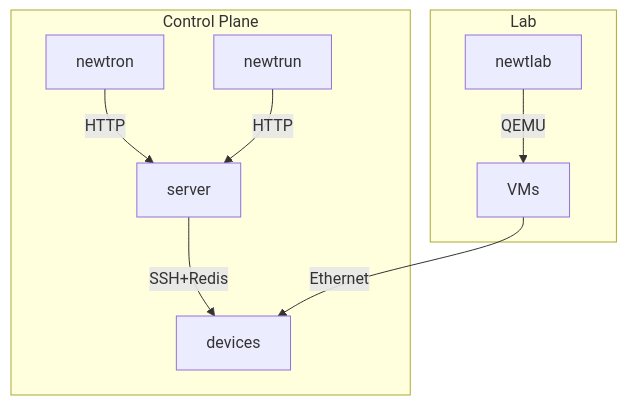
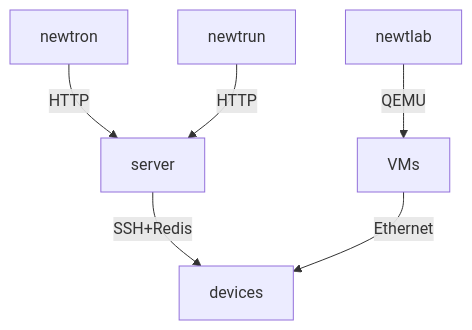
Before and after one commit to aldrin-isaac/newtron: the diagram in docs/diagrams/system-overview.mmd, drawn with Mermaid. The commit also changed 1 other file, not shown here.

Commit message:
Fix System Overview diagram: correct subsystem grouping, drop noisy subgraph boxes
The subgraph boxes incorrectly placed VMs inside Control Plane. The
topology itself already separates the two subsystems visually — control
plane flows down the left (newtron/newtrun → server → devices), lab
flows down the right (newtlab → VMs → devices).

```diff
--- a/docs/diagrams/system-overview.mmd
+++ b/docs/diagrams/system-overview.mmd
@@ -1,10 +1,6 @@
 graph TD
-    subgraph Control Plane
-        newtron -->|HTTP| server
-        newtrun -->|HTTP| server
-        server -->|SSH+Redis| devices
-    end
-    subgraph Lab
-        newtlab -->|QEMU| VMs
-    end
+    newtron -->|HTTP| server
+    newtrun -->|HTTP| server
+    server -->|SSH+Redis| devices
+    newtlab -->|QEMU| VMs
     VMs -->|Ethernet| devices
```
